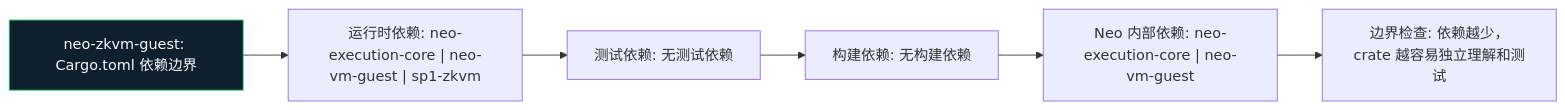
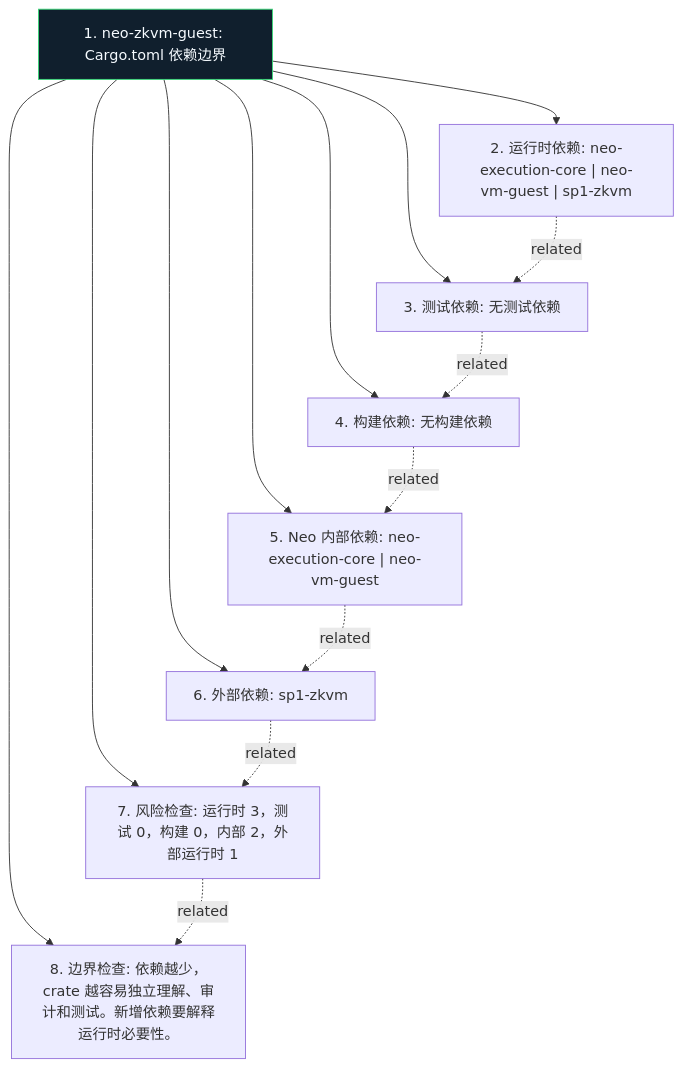
The diagram in bridge/neo-zkvm-guest/docs/figures/dependency-map.zh.mmd (r3e-network/neo-n4), drawn with Mermaid before and after one commit. The commit also changed 355 other files, not shown here.

Commit message:
Deepen crate diagrams with source-aware atlas

```diff
--- a/bridge/neo-zkvm-guest/docs/figures/dependency-map.zh.mmd
+++ b/bridge/neo-zkvm-guest/docs/figures/dependency-map.zh.mmd
@@ -1,14 +1,24 @@
-flowchart LR
-    N1["neo-zkvm-guest: Cargo.toml 依赖边界"]
-    N2["运行时依赖: neo-execution-core | neo-vm-guest | sp1-zkvm"]
-    N3["测试依赖: 无测试依赖"]
-    N4["构建依赖: 无构建依赖"]
-    N5["Neo 内部依赖: neo-execution-core | neo-vm-guest"]
-    N6["边界检查: 依赖越少，crate 越容易独立理解和测试"]
+flowchart TB
+    N1["1. neo-zkvm-guest: Cargo.toml 依赖边界"]
+    N2["2. 运行时依赖: neo-execution-core | neo-vm-guest | sp1-zkvm"]
+    N3["3. 测试依赖: 无测试依赖"]
+    N4["4. 构建依赖: 无构建依赖"]
+    N5["5. Neo 内部依赖: neo-execution-core | neo-vm-guest"]
+    N6["6. 外部依赖: sp1-zkvm"]
+    N7["7. 风险检查: 运行时 3，测试 0，构建 0，内部 2，外部运行时 1"]
+    N8["8. 边界检查: 依赖越少，crate 越容易独立理解、审计和测试。新增依赖要解释运行时必要性。"]
     N1 --> N2
-    N2 --> N3
-    N3 --> N4
-    N4 --> N5
-    N5 --> N6
+    N1 --> N3
+    N1 --> N4
+    N1 --> N5
+    N1 --> N6
+    N1 --> N7
+    N1 --> N8
+    N2 -. related .-> N3
+    N3 -. related .-> N4
+    N4 -. related .-> N5
+    N5 -. related .-> N6
+    N6 -. related .-> N7
+    N7 -. related .-> N8
     classDef crate fill:#101f2d,stroke:#38d978,color:#f6fbff
     class N1 crate
```
